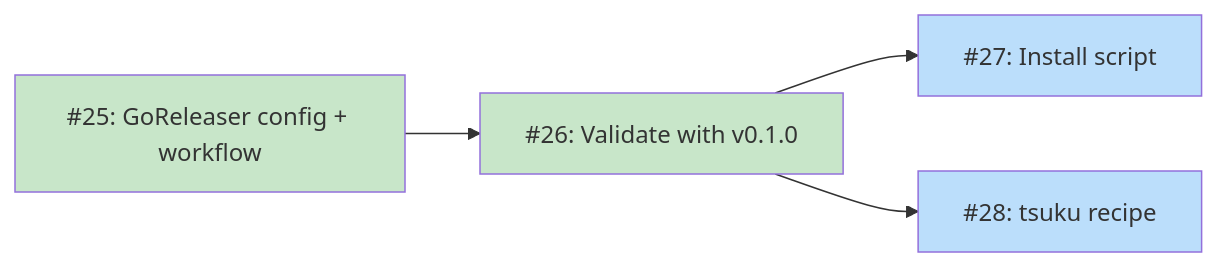
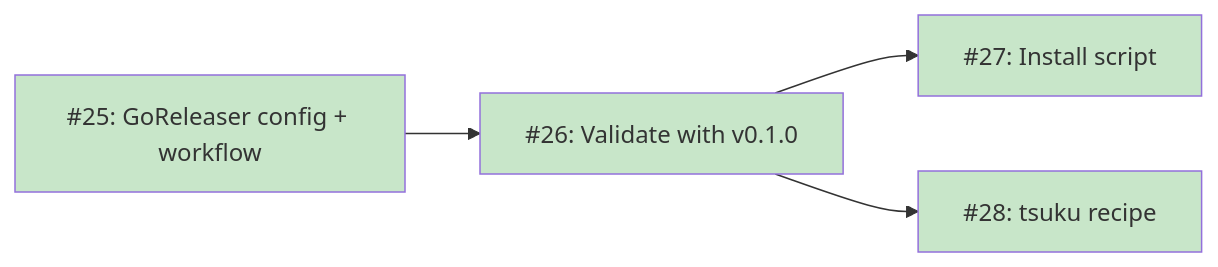
One commit to tsukumogami/koto changed the diagram in docs/designs/DESIGN-koto-installation.md. Above: the diagram before and after it, drawn with Mermaid. The commit also changed other lines of this file and 3 other files, not shown here.

````diff
--- a/docs/designs/DESIGN-koto-installation.md
+++ b/docs/designs/DESIGN-koto-installation.md
@@ -33,21 +33,21 @@
 ```mermaid
 graph LR
     I25["#25: GoReleaser config + workflow"]
     I26["#26: Validate with v0.1.0"]
     I27["#27: Install script"]
     I28["#28: tsuku recipe"]
 
     I25 --> I26
     I26 --> I27
     I26 --> I28
 
     classDef done fill:#c8e6c9
     classDef ready fill:#bbdefb
     classDef blocked fill:#fff9c4
     classDef needsDesign fill:#e1bee7
     classDef tracksDesign fill:#FFE0B2,stroke:#F57C00,color:#000
 
     class I25 done
     class I26 done
-    class I27,I28 ready
+    class I27,I28 done
 ```
````
